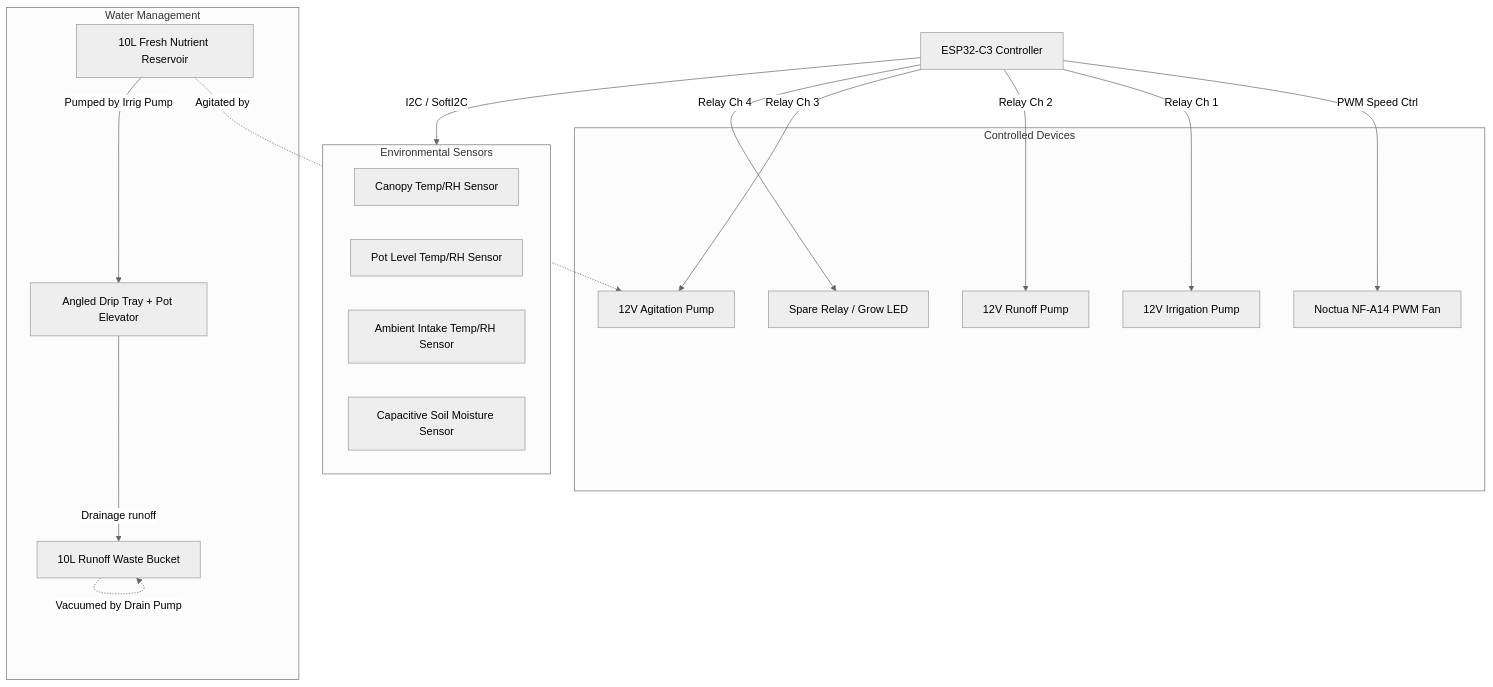
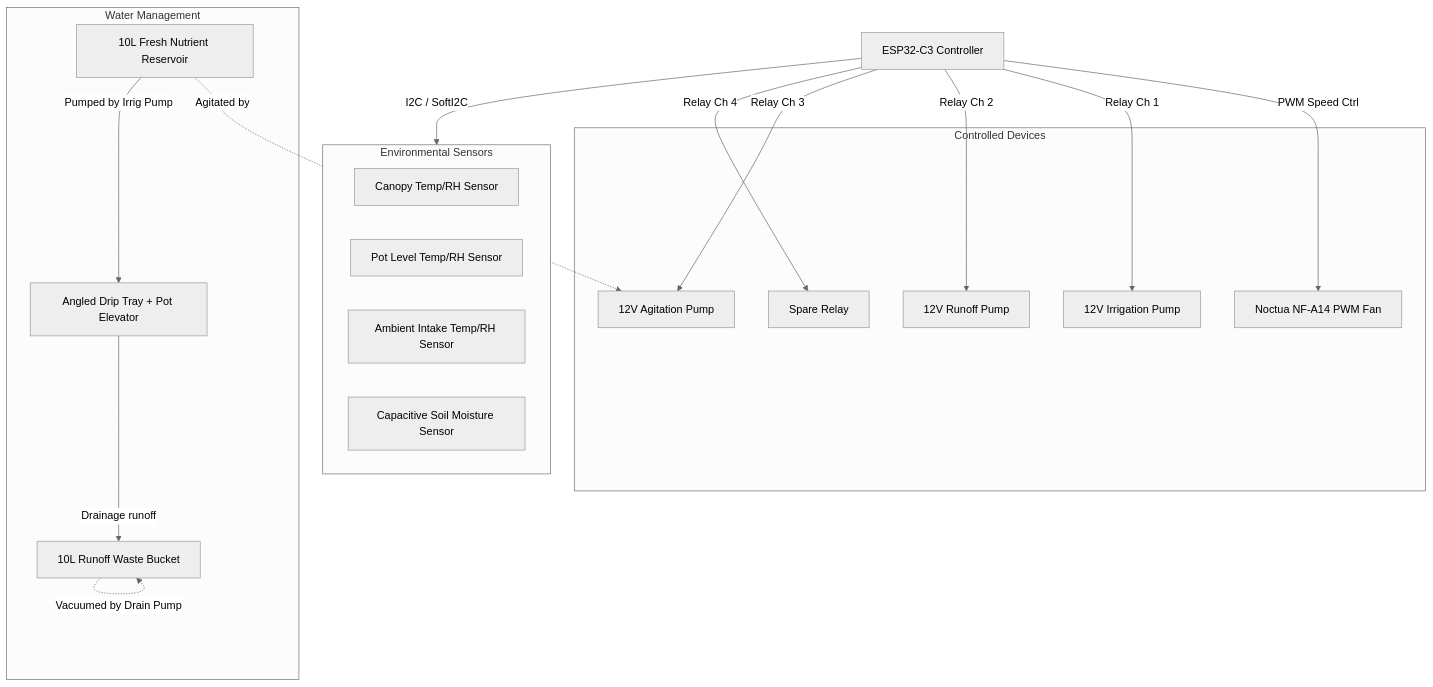
The diagram in devices/grow_wardrobe/README.md (Chazmus/esp-automation), drawn with Mermaid (neutral theme) before and after one commit. The commit also changed other lines of this file and 8 other files, not shown here.

````diff
--- a/devices/grow_wardrobe/README.md
+++ b/devices/grow_wardrobe/README.md
@@ -11,43 +11,43 @@
 ```mermaid
 graph TD
     %% Controller
     ESP32[ESP32-C3 Controller]
 
     %% Sensors
     subgraph Sensors [Environmental Sensors]
         T_Canopy[Canopy Temp/RH Sensor]
         T_Pot[Pot Level Temp/RH Sensor]
         T_Ambient[Ambient Intake Temp/RH Sensor]
         Moisture[Capacitive Soil Moisture Sensor]
     end
 
     %% Actuators & Loads
     subgraph Actuators [Controlled Devices]
         Fan[Noctua NF-A14 PWM Fan]
         Pump_Irrig[12V Irrigation Pump]
         Pump_Drain[12V Runoff Pump]
         Pump_Agit[12V Agitation Pump]
-        Relay_Spare[Spare Relay / Grow LED]
+        Relay_Spare[Spare Relay]
     end
 
     %% Water Buckets
     subgraph Reservoirs [Water Management]
         Res[10L Fresh Nutrient Reservoir]
         Waste[10L Runoff Waste Bucket]
         DripTray[Angled Drip Tray + Pot Elevator]
     end
 
     %% Connections
     ESP32 -->|I2C / SoftI2C| Sensors
     ESP32 -->|PWM Speed Ctrl| Fan
     ESP32 -->|Relay Ch 1| Pump_Irrig
     ESP32 -->|Relay Ch 2| Pump_Drain
     ESP32 -->|Relay Ch 3| Pump_Agit
     ESP32 -->|Relay Ch 4| Relay_Spare
     
     %% Water Flow
     Res -.->|Agitated by| Pump_Agit
     Res -->|Pumped by Irrig Pump| DripTray
     DripTray -->|Drainage runoff| Waste
     Waste -.->|Vacuumed by Drain Pump| Waste
 ```
````
